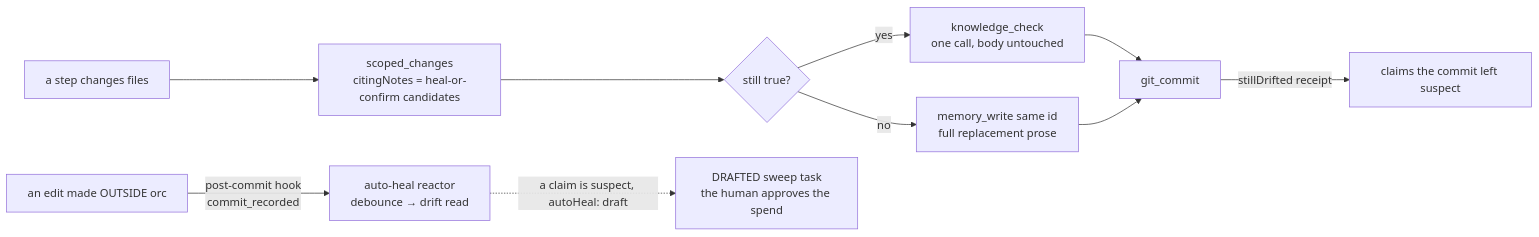
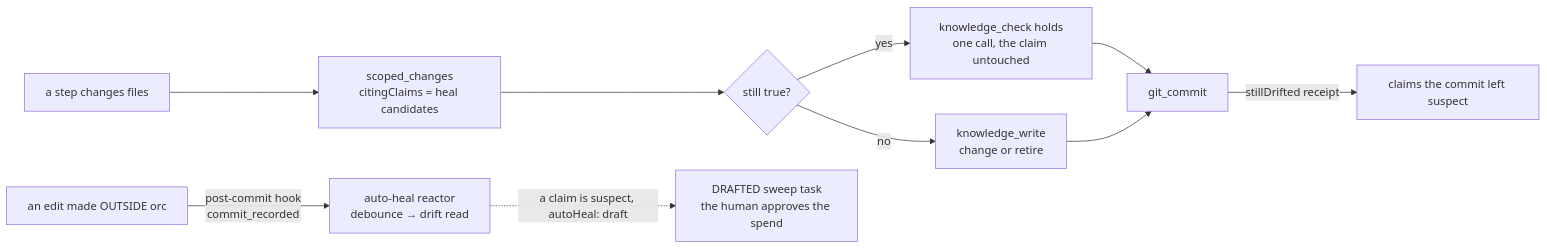
The second of 7 diagrams in docs/ARCHITECTURE.md (fetttttjoe/ORC), drawn with Mermaid before and after one commit. The commit also changed other lines of this file and 513 other files, not shown here.

````diff
--- a/docs/ARCHITECTURE.md
+++ b/docs/ARCHITECTURE.md
@@ -85,13 +103,13 @@
 ```mermaid
 flowchart LR
-  change["a step changes files"] --> sc["scoped_changes<br/>citingNotes = heal-or-confirm candidates"]
+  change["a step changes files"] --> sc["scoped_changes<br/>citingClaims = heal candidates"]
   sc --> judge{"still true?"}
-  judge -->|yes| verify["knowledge_check<br/>one call, body untouched"]
-  judge -->|no| heal["memory_write same id<br/>full replacement prose"]
+  judge -->|yes| verify["knowledge_check holds<br/>one call, the claim untouched"]
+  judge -->|no| heal["knowledge_write<br/>change or retire"]
   verify --> commit["git_commit"]
   heal --> commit
   commit -->|"stillDrifted receipt"| gap["claims the commit left suspect"]
 
   outside["an edit made OUTSIDE orc"] -->|"post-commit hook<br/>commit_recorded"| reactor["auto-heal reactor<br/>debounce → drift read"]
   reactor -.->|"a claim is suspect, autoHeal: draft"| draft["DRAFTED sweep task<br/>the human approves the spend"]
 ```
````
